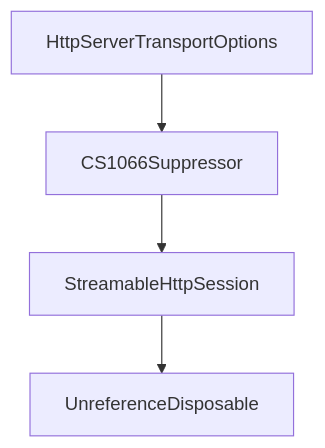
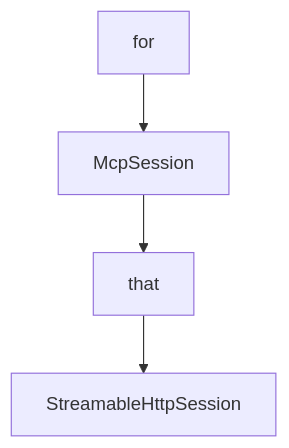
The diagram in tutorials/mcp-csharp-sdk-tutorial/07-diagnostics-versioning-and-breaking-change-management.md (johnxie/awesome-code-docs), drawn with Mermaid before and after one commit. The commit also changed other lines of this file and 1232 other files, not shown here.

````diff
--- a/tutorials/mcp-csharp-sdk-tutorial/07-diagnostics-versioning-and-breaking-change-management.md
+++ b/tutorials/mcp-csharp-sdk-tutorial/07-diagnostics-versioning-and-breaking-change-management.md
@@ -213,10 +211,10 @@
 ```mermaid
 flowchart TD
-    A[HttpServerTransportOptions]
-    B[CS1066Suppressor]
-    C[StreamableHttpSession]
-    D[UnreferenceDisposable]
+    A[for]
+    B[McpSession]
+    C[that]
+    D[StreamableHttpSession]
     A --> B
     B --> C
     C --> D
 ```
````
